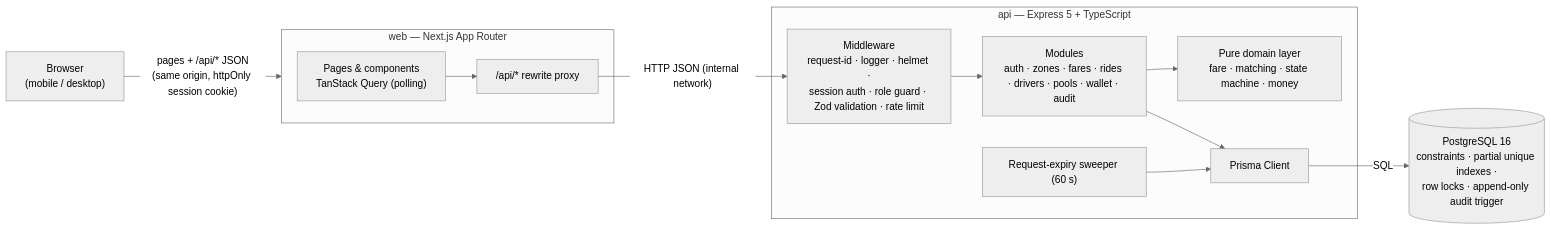
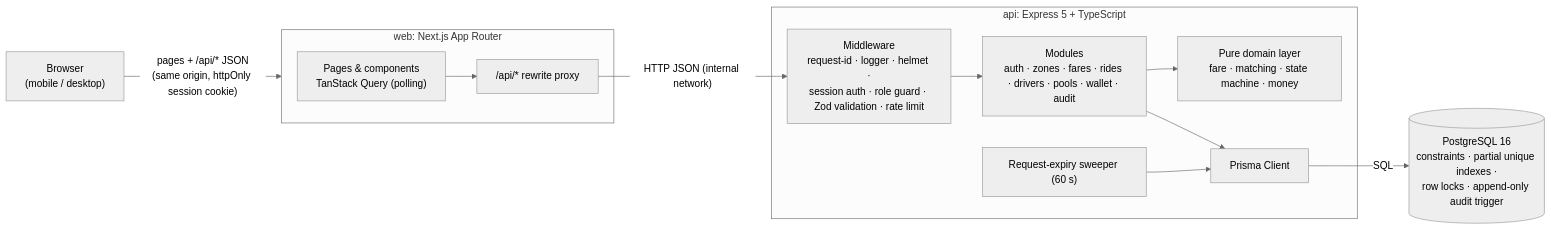
Before and after one commit to MahadiAhmed0/DhakaPool---Ride-Pooling-Shared-Fare-Platform: the first of 2 diagrams in README.md, drawn with Mermaid (neutral theme). The commit also changed other lines of this file, not shown here.

````diff
--- a/README.md
+++ b/README.md
@@ -111,23 +112,23 @@
 ```mermaid
 flowchart LR
     B["Browser<br/>(mobile / desktop)"]
-    subgraph WEB["web — Next.js App Router"]
+    subgraph WEB["web: Next.js App Router"]
         UI["Pages & components<br/>TanStack Query (polling)"]
         PX["/api/* rewrite proxy"]
     end
-    subgraph API["api — Express 5 + TypeScript"]
+    subgraph API["api: Express 5 + TypeScript"]
         MW["Middleware<br/>request-id · logger · helmet ·<br/>session auth · role guard · Zod validation · rate limit"]
         MOD["Modules<br/>auth · zones · fares · rides · drivers · pools · wallet · audit"]
         DOM["Pure domain layer<br/>fare · matching · state machine · money"]
         JOB["Request-expiry sweeper (60 s)"]
         PR["Prisma Client"]
     end
     DB[("PostgreSQL 16<br/>constraints · partial unique indexes ·<br/>row locks · append-only audit trigger")]
 
     B -- "pages + /api/* JSON<br/>(same origin, httpOnly session cookie)" --> WEB
     UI --> PX
     PX -- "HTTP JSON (internal network)" --> MW
     MW --> MOD --> DOM
     MOD --> PR -- "SQL" --> DB
     JOB --> PR
 ```
````
